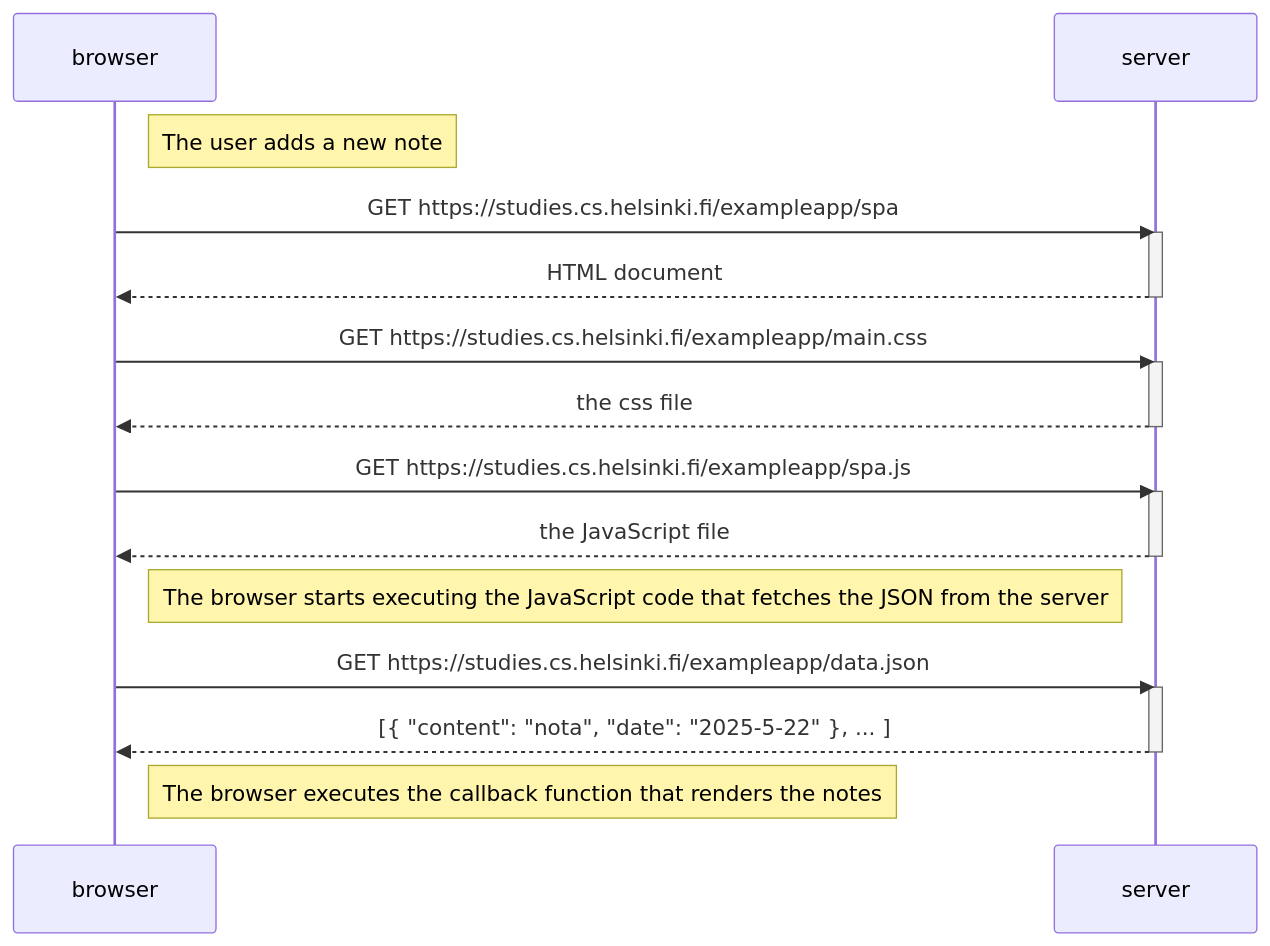
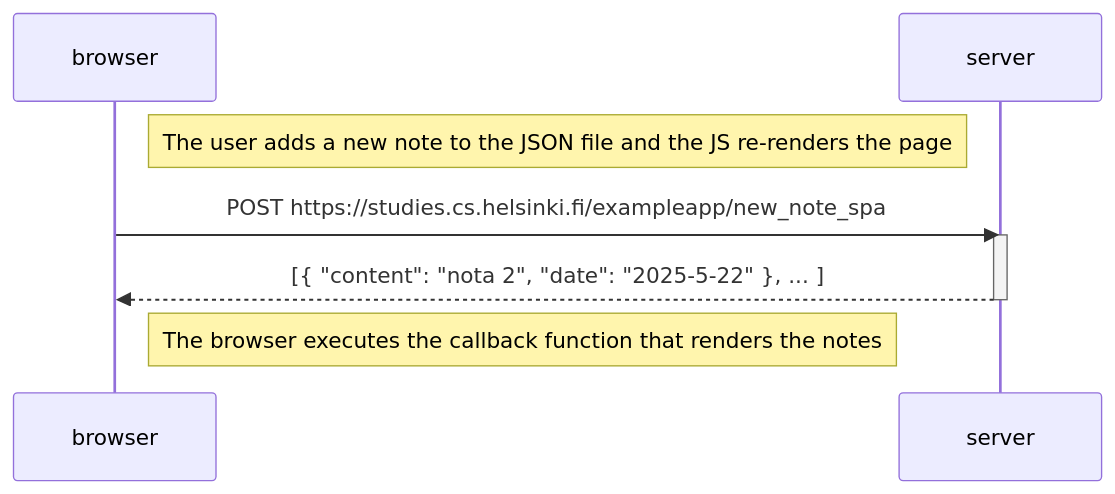
Before and after one commit to Euskindar/Fullstack-Course: the diagram in part0/ex0.5.md, drawn with Mermaid.

Commit message:
ex0.5 finish

````diff
--- a/part0/ex0.5.md
+++ b/part0/ex0.5.md
@@ -1,33 +1,14 @@
 ```mermaid
 sequenceDiagram
     participant browser
     participant server
 
-    Note right of browser: The user adds a new note
+    Note right of browser: The user adds a new note to the JSON file and the JS re-renders the page
 
-
-
-    browser->>server: GET https://studies.cs.helsinki.fi/exampleapp/spa
+    browser->>server: POST https://studies.cs.helsinki.fi/exampleapp/new_note_spa
     activate server
-    server-->>browser: HTML document
-    deactivate server
-
-    browser->>server: GET https://studies.cs.helsinki.fi/exampleapp/main.css
-    activate server
-    server-->>browser: the css file
-    deactivate server
-
-    browser->>server: GET https://studies.cs.helsinki.fi/exampleapp/spa.js
-    activate server
-    server-->>browser: the JavaScript file
-    deactivate server
-
-    Note right of browser: The browser starts executing the JavaScript code that fetches the JSON from the server
-
-    browser->>server: GET https://studies.cs.helsinki.fi/exampleapp/data.json
-    activate server
-    server-->>browser: [{ "content": "nota", "date": "2025-5-22" }, ... ]
+    server-->>browser: [{ "content": "nota 2", "date": "2025-5-22" }, ... ]
     deactivate server
 
     Note right of browser: The browser executes the callback function that renders the notes
 ```
````
